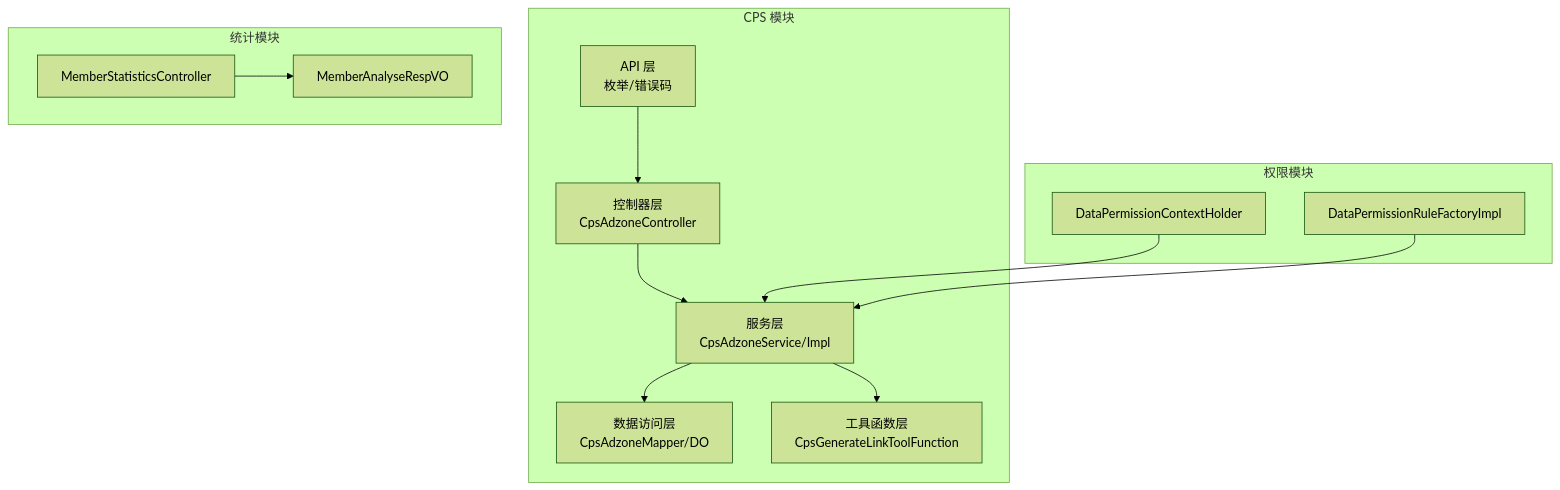
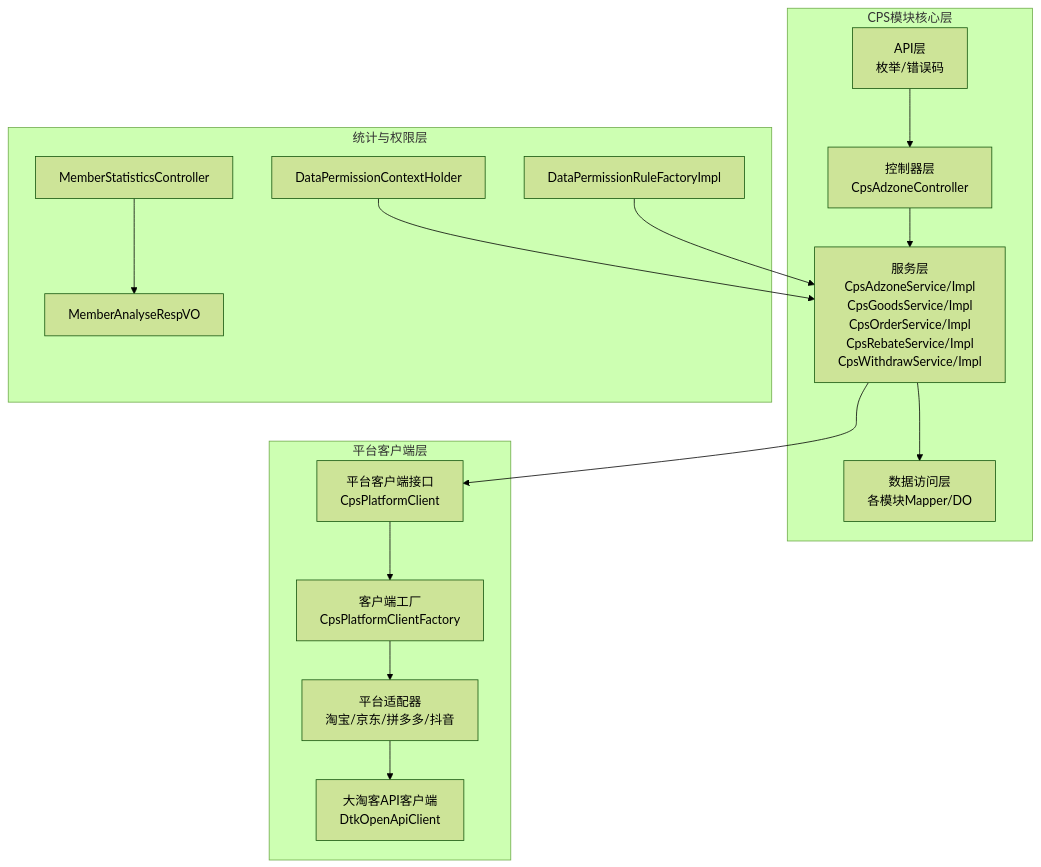
One commit to zhuangpengLI/AgenticCPS changed the first of 10 diagrams in .qoder/repowiki/zh/content/后端服务架构/业务模块概览/CPS业务模块/推广位管理系统.md. Above: the diagram before and after it, drawn with Mermaid (forest theme). The commit also changed other lines of this file and 42 other files, not shown here.

````diff
--- a/.qoder/repowiki/zh/content/后端服务架构/业务模块概览/CPS业务模块/推广位管理系统.md
+++ b/.qoder/repowiki/zh/content/后端服务架构/业务模块概览/CPS业务模块/推广位管理系统.md
@@ -49,25 +97,31 @@
 ```mermaid
 graph TB
-subgraph "CPS 模块"
-API["API 层<br/>枚举/错误码"]
+subgraph "CPS模块核心层"
+API["API层<br/>枚举/错误码"]
 CTRL["控制器层<br/>CpsAdzoneController"]
-SVC["服务层<br/>CpsAdzoneService/Impl"]
-DAO["数据访问层<br/>CpsAdzoneMapper/DO"]
-MCP["工具函数层<br/>CpsGenerateLinkToolFunction"]
+SVC["服务层<br/>CpsAdzoneService/Impl<br/>CpsGoodsService/Impl<br/>CpsOrderService/Impl<br/>CpsRebateService/Impl<br/>CpsWithdrawService/Impl"]
+DAO["数据访问层<br/>各模块Mapper/DO"]
 end
-subgraph "统计模块"
+subgraph "平台客户端层"
+CLIENT["平台客户端接口<br/>CpsPlatformClient"]
+FACTORY["客户端工厂<br/>CpsPlatformClientFactory"]
+ADAPTERS["平台适配器<br/>淘宝/京东/拼多多/抖音"]
+DTK["大淘客API客户端<br/>DtkOpenApiClient"]
+end
+subgraph "统计与权限层"
 STAT_CTRL["MemberStatisticsController"]
 STAT_VO["MemberAnalyseRespVO"]
-end
-subgraph "权限模块"
 DP_CTX["DataPermissionContextHolder"]
 DP_RULE["DataPermissionRuleFactoryImpl"]
 end
 API --> CTRL
 CTRL --> SVC
 SVC --> DAO
-SVC --> MCP
+SVC --> CLIENT
+CLIENT --> FACTORY
+FACTORY --> ADAPTERS
+ADAPTERS --> DTK
 STAT_CTRL --> STAT_VO
 DP_CTX --> SVC
 DP_RULE --> SVC
 ```
````
